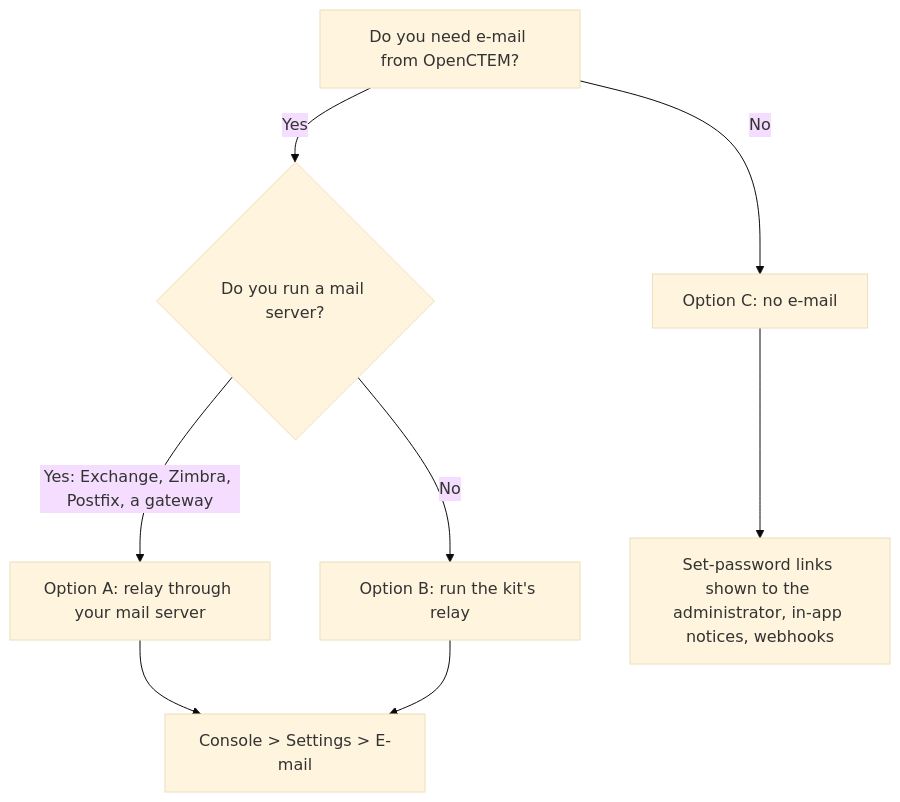
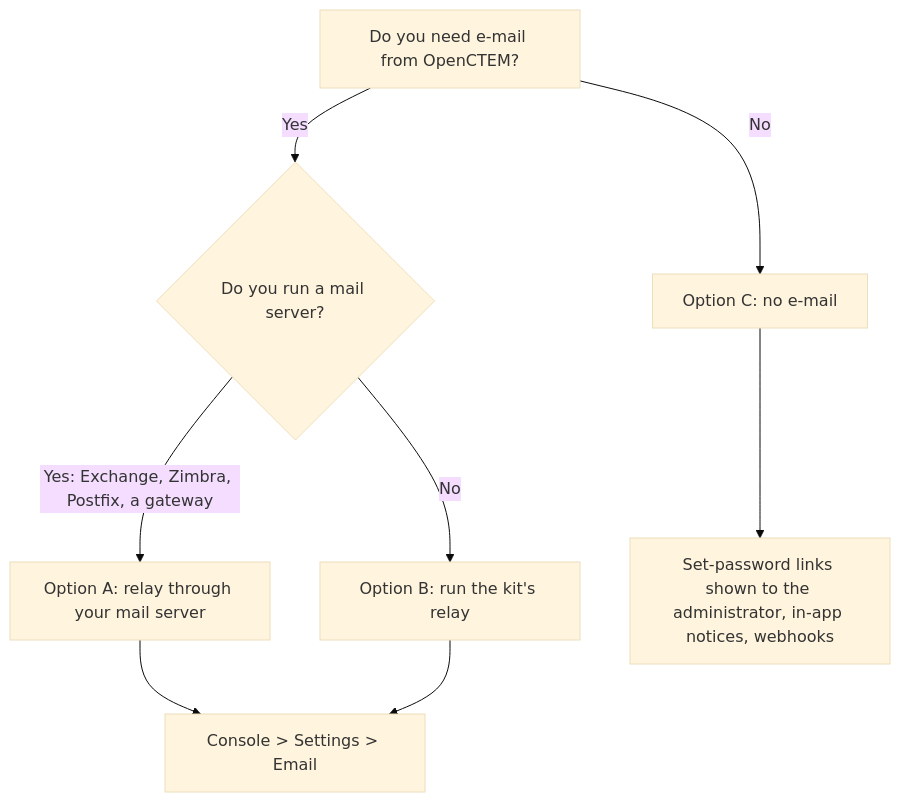
Before and after one commit to openctemio/docs: the first of 2 diagrams in configuration/mail-without-online-smtp.md, drawn with Mermaid (base theme). The commit also changed other lines of this file and 258 other files, not shown here.

````diff
--- a/configuration/mail-without-online-smtp.md
+++ b/configuration/mail-without-online-smtp.md
@@ -21,10 +21,10 @@
 ```mermaid
 flowchart TD
     A[Do you need e-mail from OpenCTEM?] -->|No| N[Option C: no e-mail]
     A -->|Yes| B{Do you run a mail server?}
     B -->|Yes: Exchange, Zimbra, Postfix, a gateway| R[Option A: relay through your mail server]
     B -->|No| S[Option B: run the kit's relay]
-    R --> T[Console > Settings > E-mail]
+    R --> T[Console > Settings > Email]
     S --> T
     N --> L[Set-password links shown to the administrator, in-app notices, webhooks]
 ```
````
